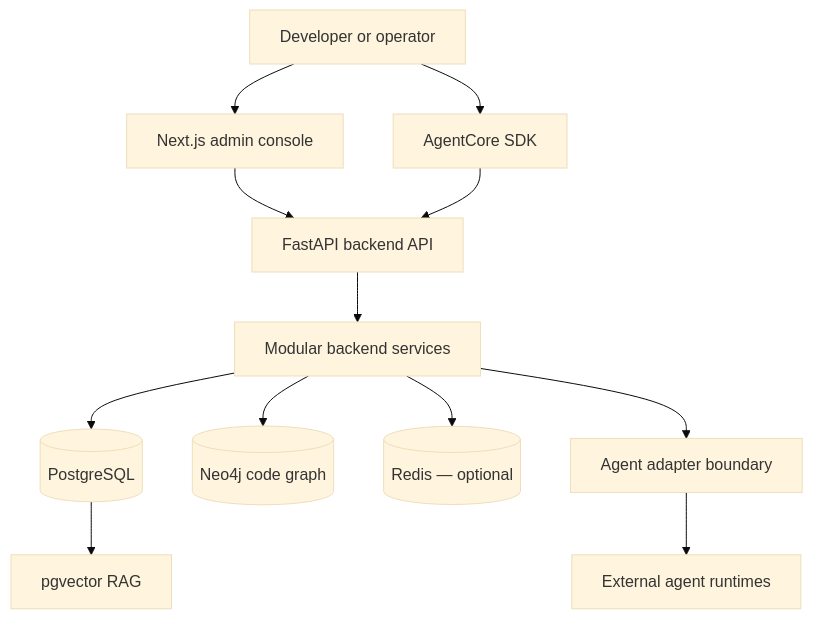
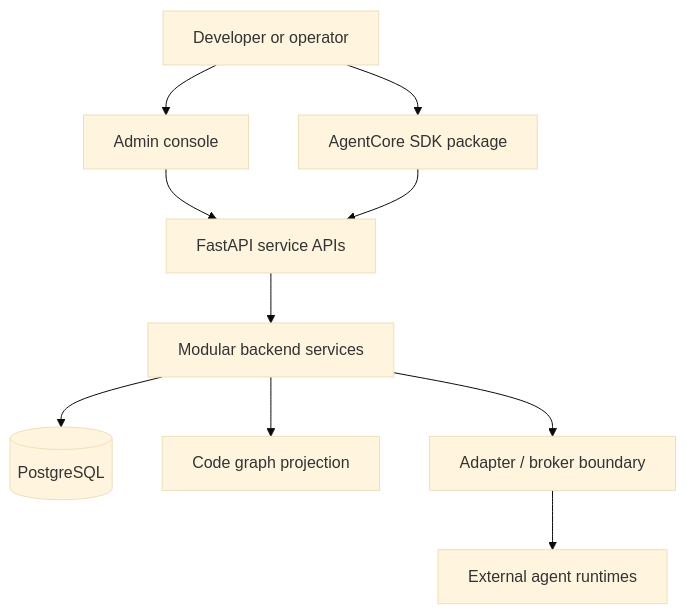
One commit to Mohammad-Mirasadollahi/AgentCore changed the diagram in README.md. Above: the diagram before and after it, drawn with Mermaid (base theme). The commit also changed other lines of this file and 12 other files, not shown here.

````diff
--- a/README.md
+++ b/README.md
@@ -285,14 +42,12 @@
 ```mermaid
 flowchart TD
-  User[Developer or operator] --> Admin[Next.js admin console]
-  User --> SDK[AgentCore SDK]
-  Admin --> API[FastAPI backend API]
+  User[Developer or operator] --> Admin[Admin console]
+  User --> SDK[AgentCore SDK package]
+  Admin --> API[FastAPI service APIs]
   SDK --> API
   API --> Services[Modular backend services]
   Services --> Postgres[(PostgreSQL)]
-  Postgres --> PGVector[pgvector RAG]
-  Services --> Neo4j[(Neo4j code graph)]
-  Services --> Redis[(Redis — optional)]
-  Services --> Adapters[Agent adapter boundary]
+  Services --> Graph[Code graph projection]
+  Services --> Adapters[Adapter / broker boundary]
   Adapters --> Agents[External agent runtimes]
 ```
````
